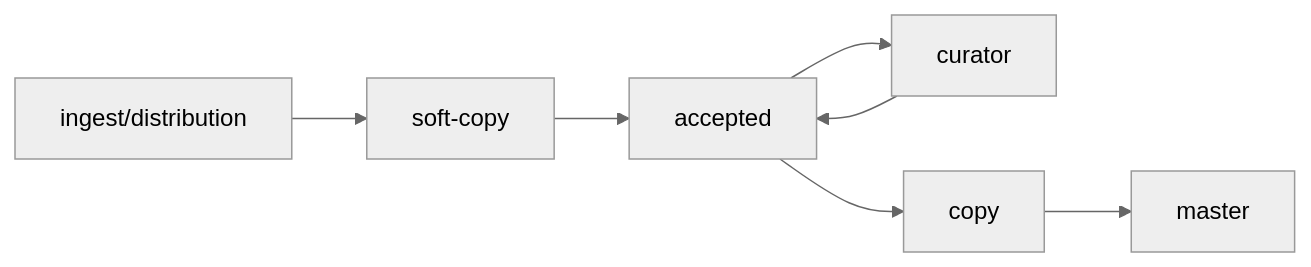
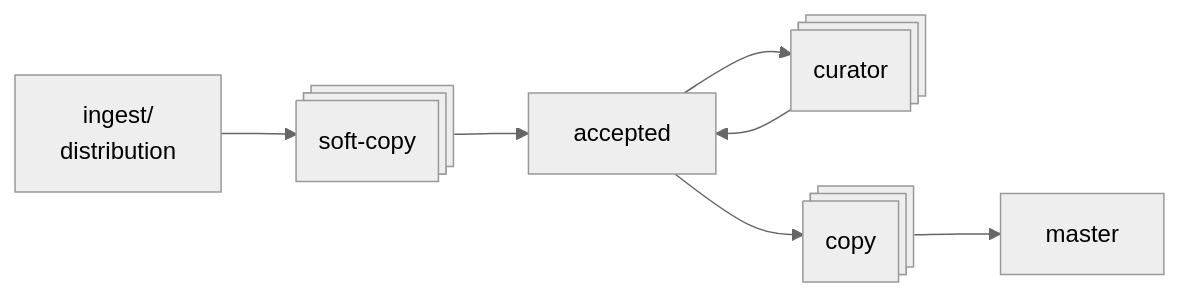
Before and after one commit to naccdata/flywheel-gear-extensions: the diagram in docs/processes/curation.md, drawn with Mermaid (neutral theme). The commit also changed other lines of this file, not shown here.

Commit message:
Update curation process document

````diff
--- a/docs/processes/curation.md
+++ b/docs/processes/curation.md
@@ -3,15 +5,15 @@
 ```mermaid
 flowchart LR
-    A@{ shape: rect, label: "ingest/distribution" }
+    A@{ shape: rect, label: "ingest/\ndistribution" }
     B@{ shape: rect, label: "accepted" }
-    C@{ shape: rect, label: "soft-copy" }
-    D@{ shape: rect, label: "curator" }
-    E@{ shape: rect, label: "copy" }
+    C@{ shape: processes, label: "soft-copy" }
+    D@{ shape: processes, label: "curator" }
+    E@{ shape: processes, label: "copy" }
     F@{ shape: rect, label: "master" }
     A --> C
     C --> B
     B --> D
     D --> B
     B --> E
     E --> F
 ```
````
